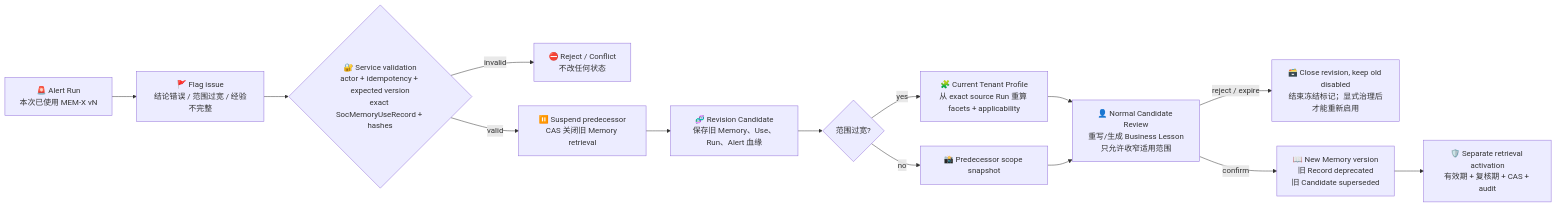
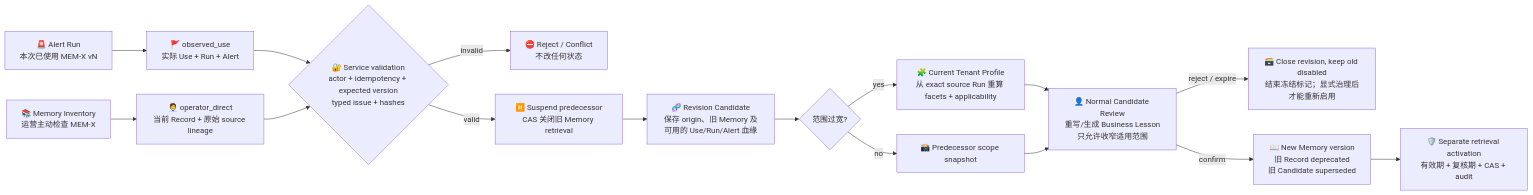
Before and after one commit to yydspanda/deer-flow: diagram 16 of 17 in .notes/ai_soc/soc-agent-solution.md, drawn with Mermaid. The commit also changed other lines of this file and 32 other files, not shown here.

Commit message:
feat(soc): add governed memory record management

````diff
--- a/.notes/ai_soc/soc-agent-solution.md
+++ b/.notes/ai_soc/soc-agent-solution.md
@@ -1927,17 +1928,19 @@
 ```mermaid
 flowchart LR
-    A["🚨 Alert Run<br/>本次已使用 MEM-X vN"] --> F["🚩 Flag issue<br/>结论错误 / 范围过宽 / 经验不完整"]
-    F --> V{"🔐 Service validation<br/>actor + idempotency + expected version<br/>exact SocMemoryUseRecord + hashes"}
+    A["🚨 Alert Run<br/>本次已使用 MEM-X vN"] --> F["🚩 observed_use<br/>实际 Use + Run + Alert"]
+    O["📚 Memory Inventory<br/>运营主动检查 MEM-X"] --> D["🧑‍💼 operator_direct<br/>当前 Record + 原始 source lineage"]
+    F --> V{"🔐 Service validation<br/>actor + idempotency + expected version<br/>typed issue + hashes"}
+    D --> V
     V -->|invalid| X["⛔ Reject / Conflict<br/>不改任何状态"]
     V -->|valid| S["⏸️ Suspend predecessor<br/>CAS 关闭旧 Memory retrieval"]
-    S --> C["🧬 Revision Candidate<br/>保存旧 Memory、Use、Run、Alert 血缘"]
+    S --> C["🧬 Revision Candidate<br/>保存 origin、旧 Memory 及可用的 Use/Run/Alert 血缘"]
     C --> Q{"范围过宽?"}
     Q -->|yes| P["🧩 Current Tenant Profile<br/>从 exact source Run 重算 facets + applicability"]
     Q -->|no| K["📸 Predecessor scope snapshot"]
     P --> R
     K --> R
     R["👤 Normal Candidate Review<br/>重写/生成 Business Lesson<br/>只允许收窄适用范围"]
     R -->|reject / expire| H["🗃️ Close revision, keep old disabled<br/>结束冻结标记；显式治理后才能重新启用"]
     R -->|confirm| N["📖 New Memory version<br/>旧 Record deprecated<br/>旧 Candidate superseded"]
     N --> G["🛡️ Separate retrieval activation<br/>有效期 + 复核期 + CAS + audit"]
 ```
````
